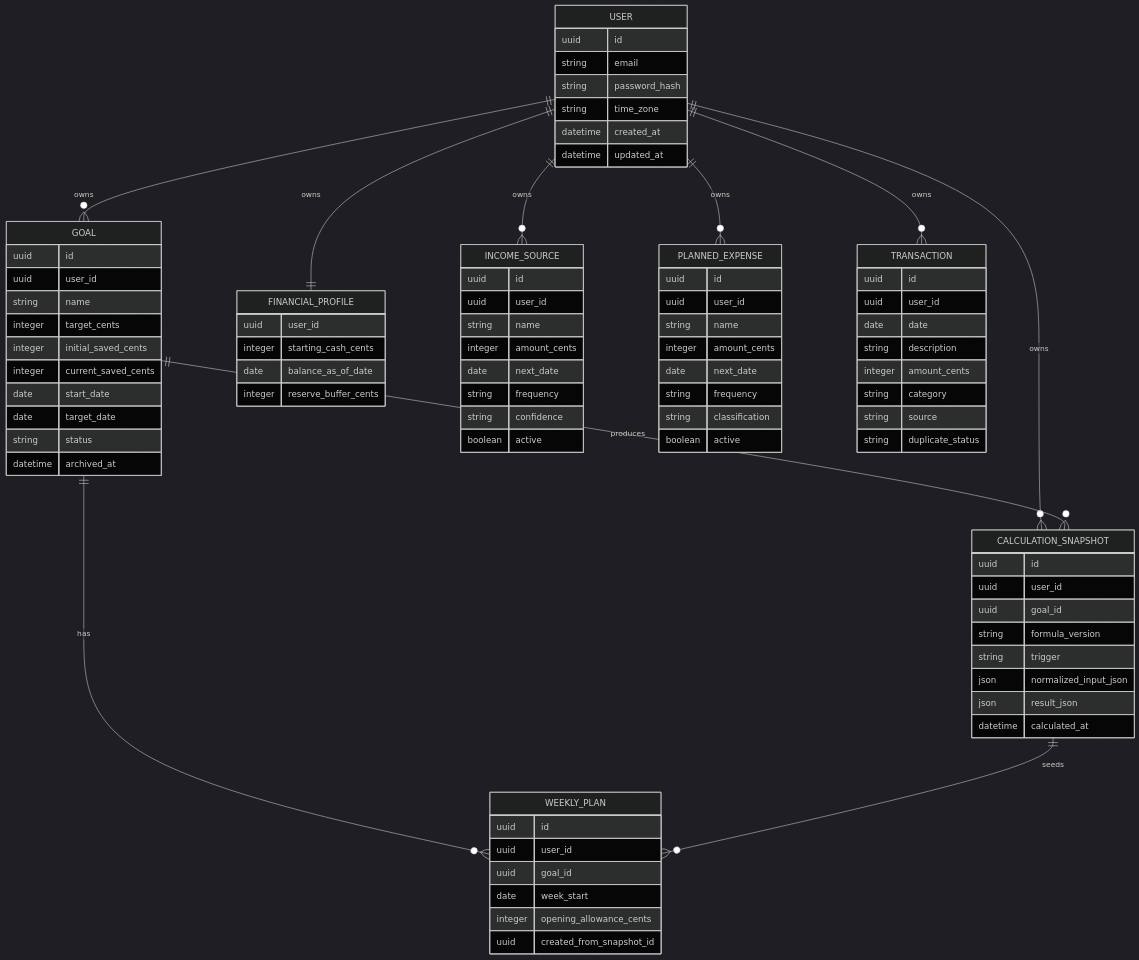
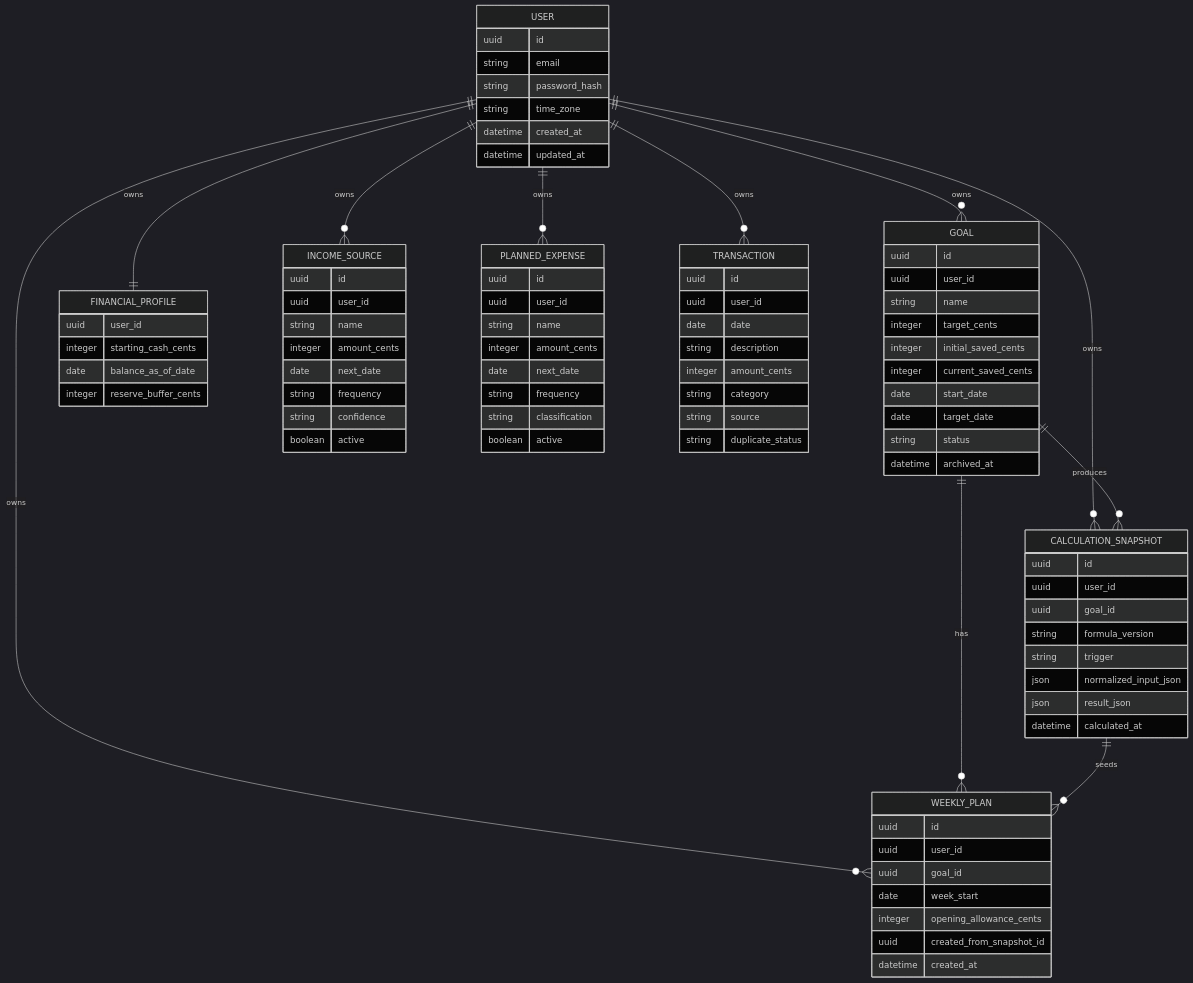
The second of 3 diagrams in DESIGN.md (NatiSeifu/goal-wise), drawn with Mermaid (dark theme) before and after one commit. The commit also changed 16 other files, not shown here.

````diff
--- a/DESIGN.md
+++ b/DESIGN.md
@@ -44,6 +44,7 @@
     USER ||--o{ PLANNED_EXPENSE : owns
     USER ||--o{ TRANSACTION : owns
     USER ||--o{ CALCULATION_SNAPSHOT : owns
+    USER ||--o{ WEEKLY_PLAN : owns
     GOAL ||--o{ CALCULATION_SNAPSHOT : produces
     GOAL ||--o{ WEEKLY_PLAN : has
     CALCULATION_SNAPSHOT ||--o{ WEEKLY_PLAN : seeds
@@ -121,5 +122,6 @@
         date week_start
         integer opening_allowance_cents
         uuid created_from_snapshot_id
+        datetime created_at
     }
 ```
````
